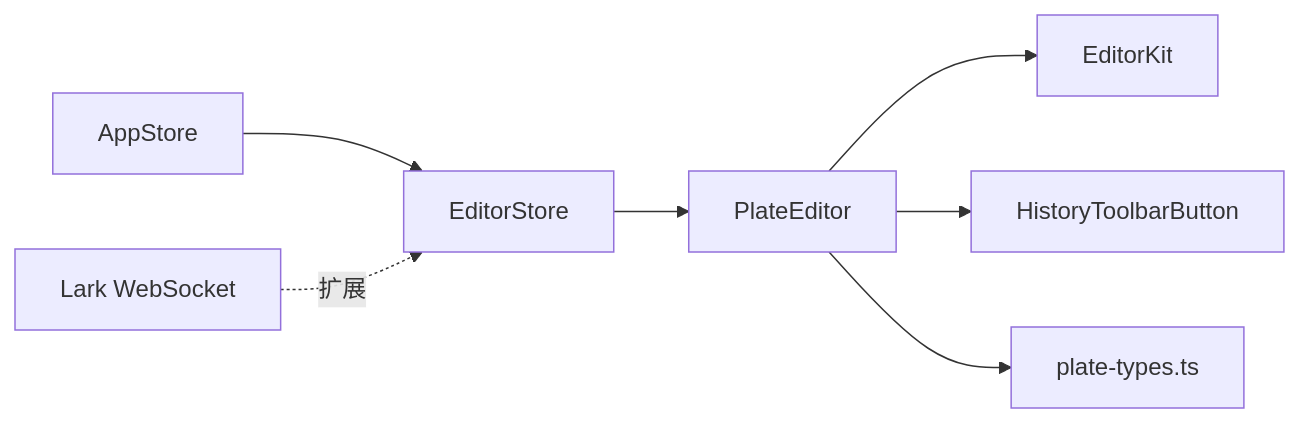
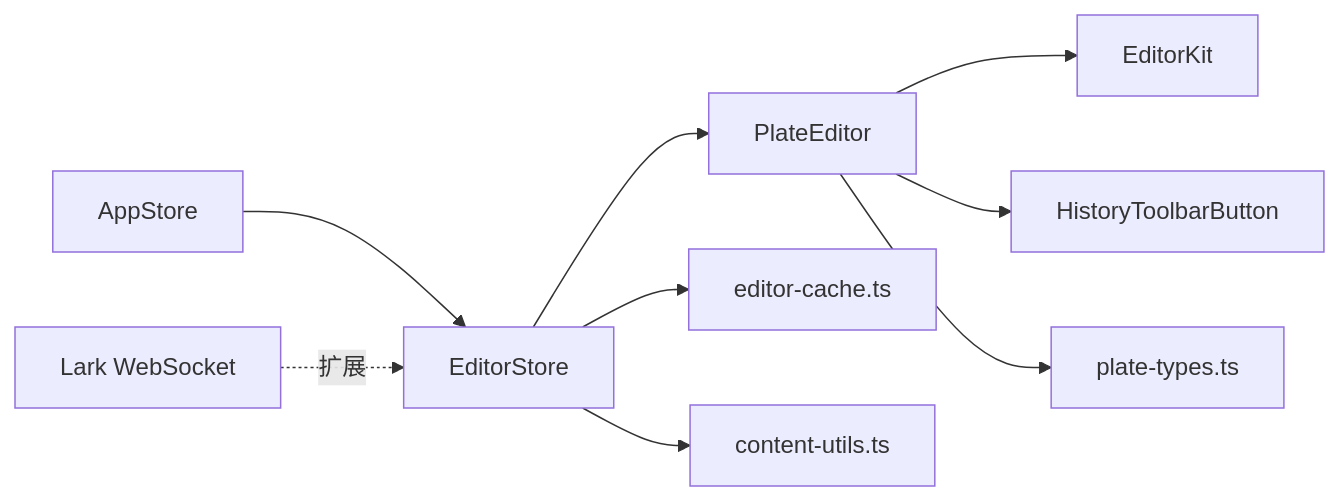
The seventh of 7 diagrams in .qoder/repowiki/zh/content/状态管理/编辑器状态.md (BlackBoxRecorder/uninote), drawn with Mermaid before and after one commit. The commit also changed other lines of this file and 9 other files, not shown here.

````diff
--- a/.qoder/repowiki/zh/content/状态管理/编辑器状态.md
+++ b/.qoder/repowiki/zh/content/状态管理/编辑器状态.md
@@ -336,9 +453,11 @@
 ```mermaid
 graph LR
 ES["EditorStore"] --> PE["PlateEditor"]
+ES --> EC["editor-cache.ts"]
+ES --> CU["content-utils.ts"]
 PE --> EK["EditorKit"]
 PE --> HTB["HistoryToolbarButton"]
 AS["AppStore"] --> ES
 PE --> PT["plate-types.ts"]
 WS["Lark WebSocket"] -. 扩展 .-> ES
 ```
````
